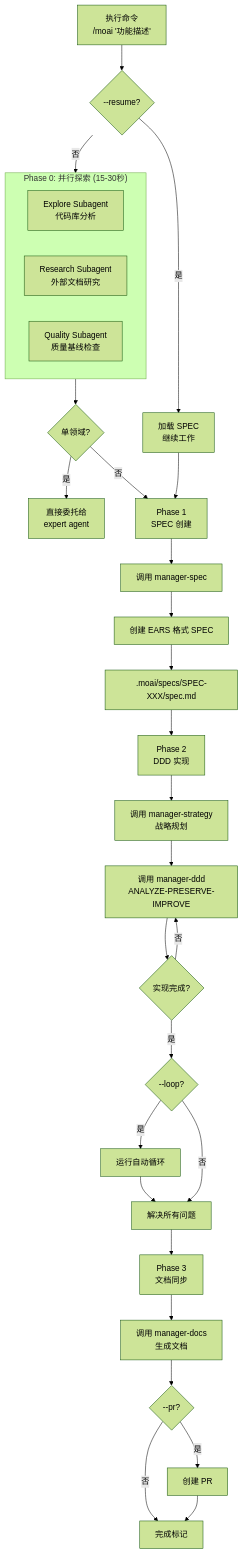
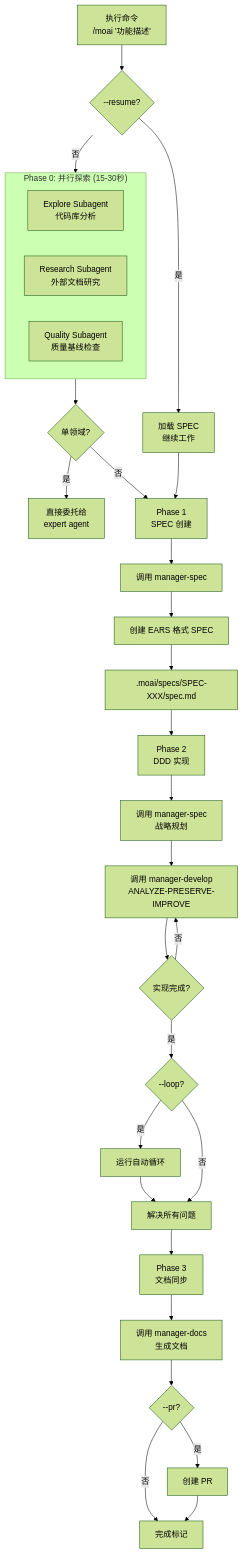
One commit to modu-ai/moai-adk changed the diagram in docs-site/content/zh/utility-commands/moai.md. Above: the diagram before and after it, drawn with Mermaid (forest theme). The commit also changed other lines of this file and 153 other files, not shown here.

````diff
--- a/docs-site/content/zh/utility-commands/moai.md
+++ b/docs-site/content/zh/utility-commands/moai.md
@@ -152,41 +152,41 @@
 ```mermaid
 flowchart TD
     A["执行命令<br/>/moai '功能描述'"] --> B{--resume?}
     B -->|是| C["加载 SPEC<br/>继续工作"]
     B -->|否| D["Phase 0<br/>并行探索"]
 
     subgraph D["Phase 0: 并行探索 (15-30秒)"]
         D1["Explore Subagent<br/>代码库分析"]
         D2["Research Subagent<br/>外部文档研究"]
         D3["Quality Subagent<br/>质量基线检查"]
     end
 
     D --> E{"单领域?"}
     E -->|是| F["直接委托给<br/>expert agent"]
     E -->|否| G["继续 Phase 1"]
 
     C --> G["Phase 1<br/>SPEC 创建"]
     G --> H["调用 manager-spec"]
     H --> I["创建 EARS 格式 SPEC"]
     I --> J[".moai/specs/SPEC-XXX/spec.md"]
 
     J --> K["Phase 2<br/>DDD 实现"]
 
-    K --> L["调用 manager-strategy<br/>战略规划"]
-    L --> M["调用 manager-ddd<br/>ANALYZE-PRESERVE-IMPROVE"]
+    K --> L["调用 manager-spec<br/>战略规划"]
+    L --> M["调用 manager-develop<br/>ANALYZE-PRESERVE-IMPROVE"]
     M --> N{"实现完成?"}
     N -->|否| M
     N -->|是| O{"--loop?"}
 
     O -->|是| P["运行自动循环"]
     P --> Q["解决所有问题"]
     O -->|否| Q
 
     Q --> R["Phase 3<br/>文档同步"]
 
     R --> S["调用 manager-docs<br/>生成文档"]
     S --> T{"--pr?"}
     T -->|是| U["创建 PR"]
     T -->|否| V["完成标记"]
     U --> V
 ```
````
